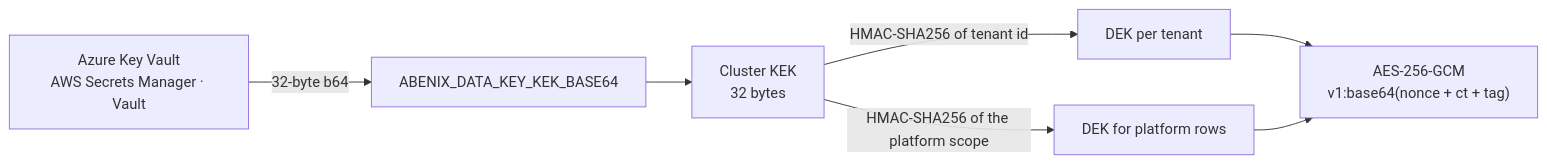
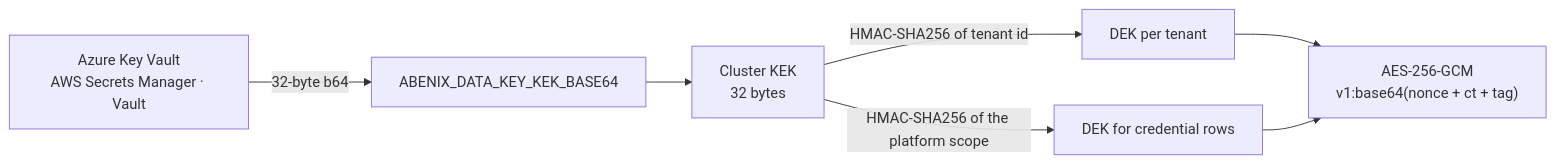
Before and after one commit to sarkar4777/abenix: the diagram in docs/08-howto/06-encryption-setup.md, drawn with Mermaid. The commit also changed other lines of this file and 623 other files, not shown here.

````diff
--- a/docs/08-howto/06-encryption-setup.md
+++ b/docs/08-howto/06-encryption-setup.md
@@ -28,9 +42,9 @@
 ```mermaid
 flowchart LR
   KMS[Azure Key Vault<br/>AWS Secrets Manager · Vault] -->|32-byte b64| ENV[ABENIX_DATA_KEY_KEK_BASE64]
   ENV --> KEK[Cluster KEK<br/>32 bytes]
   KEK -->|HMAC-SHA256 of tenant id| DEK_T[DEK per tenant]
-  KEK -->|HMAC-SHA256 of the platform scope| DEK_P[DEK for platform rows]
+  KEK -->|HMAC-SHA256 of the platform scope| DEK_P[DEK for credential rows]
   DEK_T --> CT["AES-256-GCM<br/>v1:base64(nonce + ct + tag)"]
   DEK_P --> CT
 ```
````
